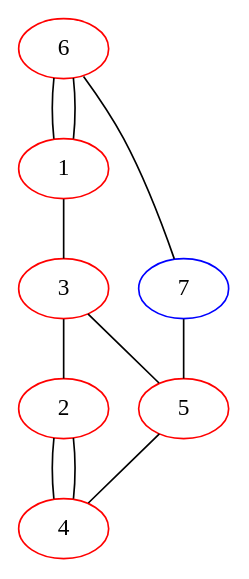
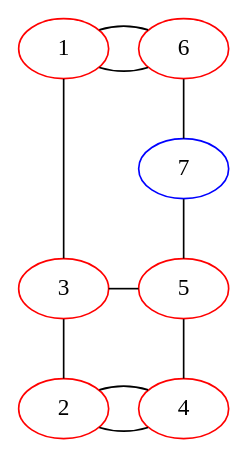
The diagram in sprouts/113311.dot (bilboquet/gamelib), drawn with Graphviz before and after one commit. The commit also changed 29 other files, not shown here.

```diff
--- a/sprouts/113311.dot
+++ b/sprouts/113311.dot
@@ -1,17 +1,41 @@
 graph {
+  1 -- 6;
   6 -- 1;
-  1 -- 6;
-  1 -- 3 [weight=2];
-  3 -- 2 [weight=2];
+  1 -- 3;
+  3 -- 2;
   2 -- 4 -- 2;
   3 -- 5 -- 4;
-  6--7--5
+  6 -- 7 -- 5;
+
+  {
+    rank="same";
+    1;
+    6;
+
+  }
+
+
+  {
+    rank="same";
+    3;
+    5;
+
+  }
+
+
+  {
+    rank="max";
+    2;
+    4;
+
+  }
+
   1 [color="red"];
   2 [color="red"];
   3 [color="red"];
   4 [color="red"];
   5 [color="red"];
   6 [color="red"];
   7 [color="blue"];
 
 }
```
